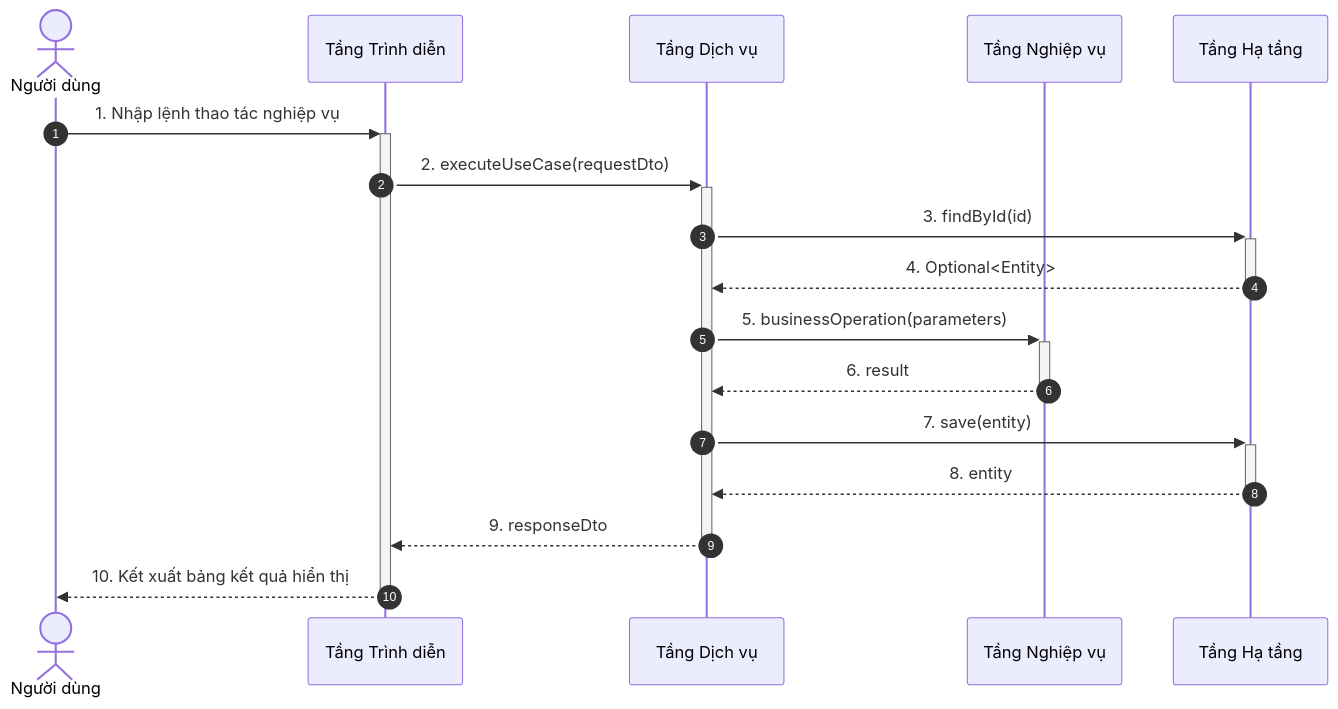
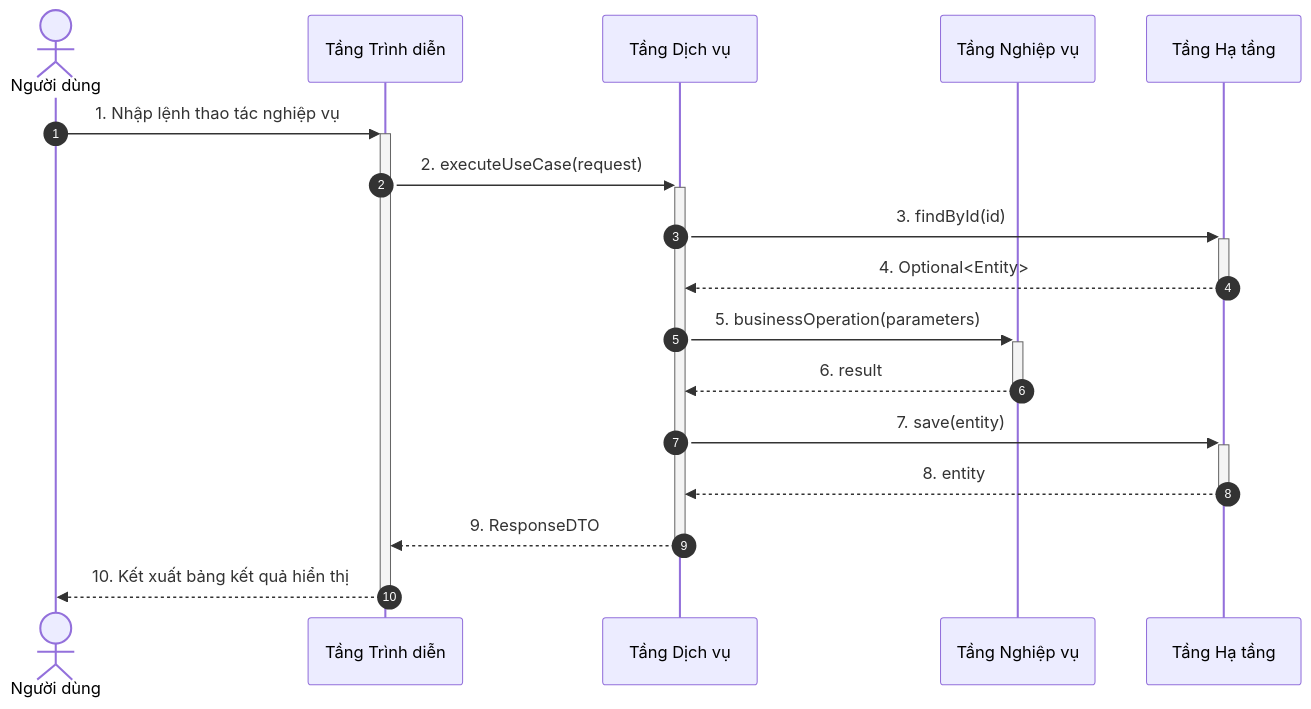
The first of 21 diagrams in docs/object-oriented-design/05-so-do-tuong-tac-thiet-ke-sequence-diagram.md (mynhleeh/pfms-oop), drawn with Mermaid before and after one commit. The commit also changed other lines of this file and 3 other files, not shown here.

Commit message:
docs(ood): harmonize service contracts, sequence diagrams, and DTO specifications

````diff
--- a/docs/object-oriented-design/05-so-do-tuong-tac-thiet-ke-sequence-diagram.md
+++ b/docs/object-oriented-design/05-so-do-tuong-tac-thiet-ke-sequence-diagram.md
@@ -34,20 +34,20 @@
 ```mermaid
 sequenceDiagram
     autonumber
     actor User as Người dùng
     participant GUI as Tầng Trình diễn
     participant Service as Tầng Dịch vụ
     participant Domain as Tầng Nghiệp vụ
     participant Repo as Tầng Hạ tầng
 
     User->>+GUI: 1. Nhập lệnh thao tác nghiệp vụ
-    GUI->>+Service: 2. executeUseCase(requestDto)
+    GUI->>+Service: 2. executeUseCase(request)
     Service->>+Repo: 3. findById(id)
     Repo-->>-Service: 4. Optional<Entity>
     Service->>+Domain: 5. businessOperation(parameters)
     Domain-->>-Service: 6. result
     Service->>+Repo: 7. save(entity)
     Repo-->>-Service: 8. entity
-    Service-->>-GUI: 9. responseDto
+    Service-->>-GUI: 9. ResponseDTO
     GUI-->>-User: 10. Kết xuất bảng kết quả hiển thị
 ```
````
